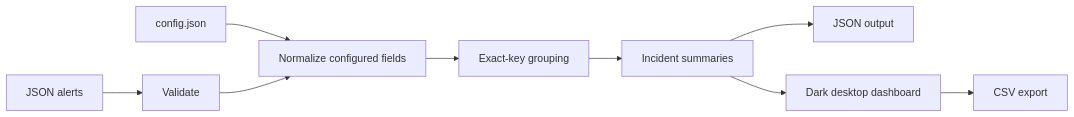
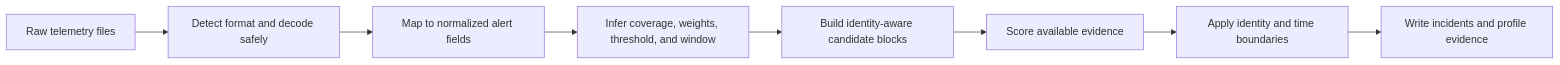
Before and after one commit to saltyma/soc-alert-deduplicator: the diagram in README.md, drawn with Mermaid. The commit also changed other lines of this file and 35 other files, not shown here.

````diff
--- a/README.md
+++ b/README.md
@@ -42,10 +130,10 @@
 ```mermaid
 flowchart LR
-    Input["JSON alerts"] --> Validate["Validate"]
-    Config["config.json"] --> Normalize["Normalize configured fields"]
-    Validate --> Normalize --> Group["Exact-key grouping"]
-    Group --> Summarize["Incident summaries"]
-    Summarize --> JSON["JSON output"]
-    Summarize --> Dashboard["Dark desktop dashboard"]
-    Dashboard --> CSV["CSV export"]
+    Files["Raw telemetry files"] --> Detect["Detect format and decode safely"]
+    Detect --> Map["Map to normalized alert fields"]
+    Map --> Profile["Infer coverage, weights, threshold, and window"]
+    Profile --> Block["Build identity-aware candidate blocks"]
+    Block --> Score["Score available evidence"]
+    Score --> Guard["Apply identity and time boundaries"]
+    Guard --> Incidents["Write incidents and profile evidence"]
 ```
````
